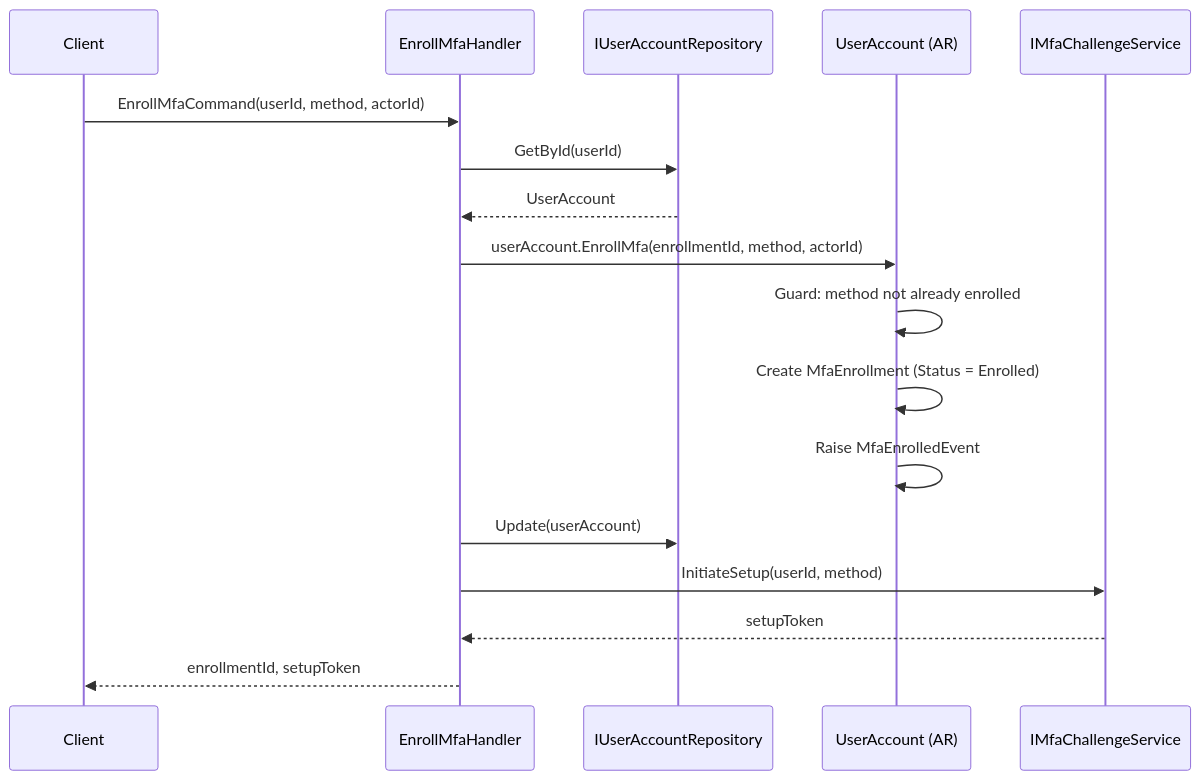
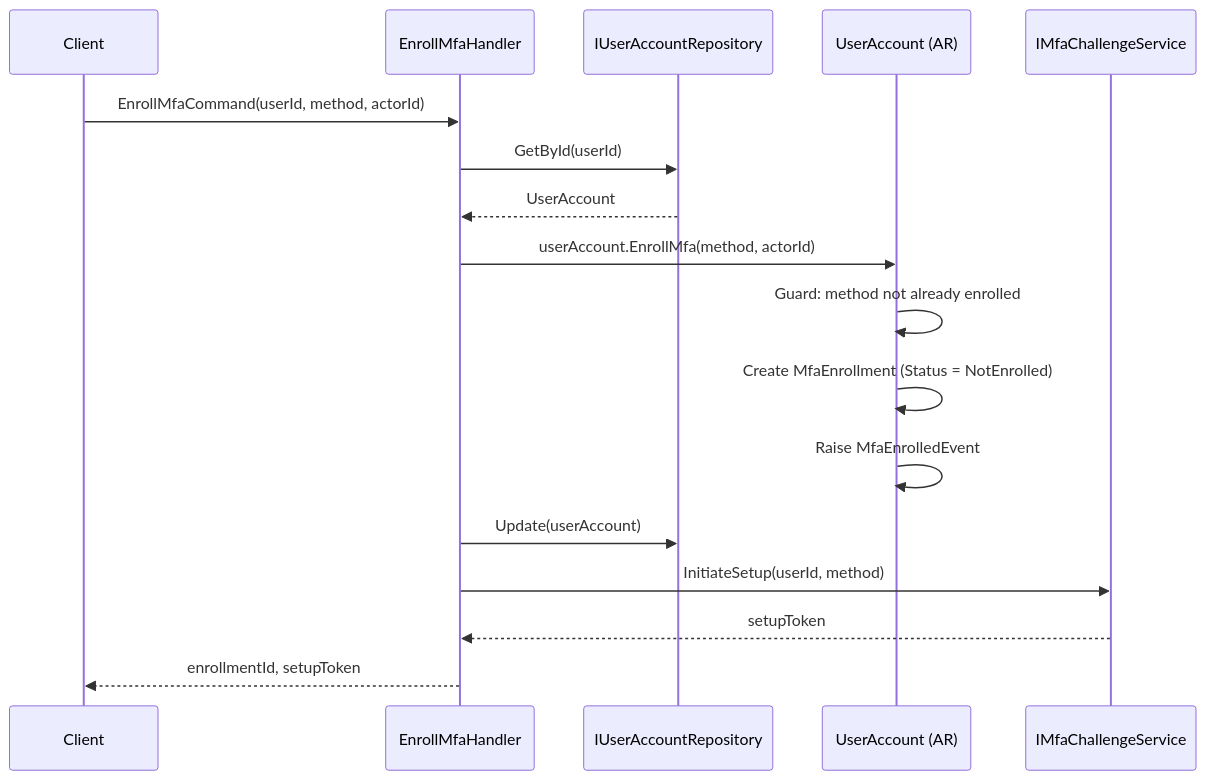
One commit to beyondnetcode/ums changed the third of 5 diagrams in docs/domain/identity/user-account.md. Above: the diagram before and after it, drawn with Mermaid. The commit also changed other lines of this file and 19 other files, not shown here.

````diff
--- a/docs/domain/identity/user-account.md
+++ b/docs/domain/identity/user-account.md
@@ -180,20 +181,20 @@
 ```mermaid
 sequenceDiagram
     participant C as Client
     participant H as EnrollMfaHandler
     participant R as IUserAccountRepository
     participant U as UserAccount (AR)
     participant MFA as IMfaChallengeService
 
     C->>H: EnrollMfaCommand(userId, method, actorId)
     H->>R: GetById(userId)
     R-->>H: UserAccount
-    H->>U: userAccount.EnrollMfa(enrollmentId, method, actorId)
+    H->>U: userAccount.EnrollMfa(method, actorId)
     U->>U: Guard: method not already enrolled
-    U->>U: Create MfaEnrollment (Status = Enrolled)
+    U->>U: Create MfaEnrollment (Status = NotEnrolled)
     U->>U: Raise MfaEnrolledEvent
     H->>R: Update(userAccount)
     H->>MFA: InitiateSetup(userId, method)
     MFA-->>H: setupToken
     H-->>C: enrollmentId, setupToken
 ```
````
